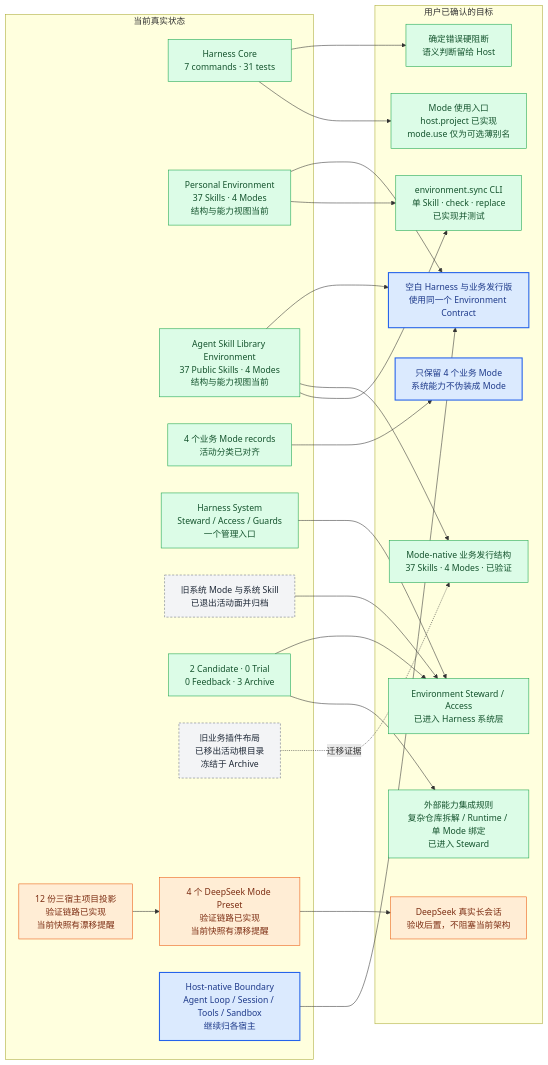
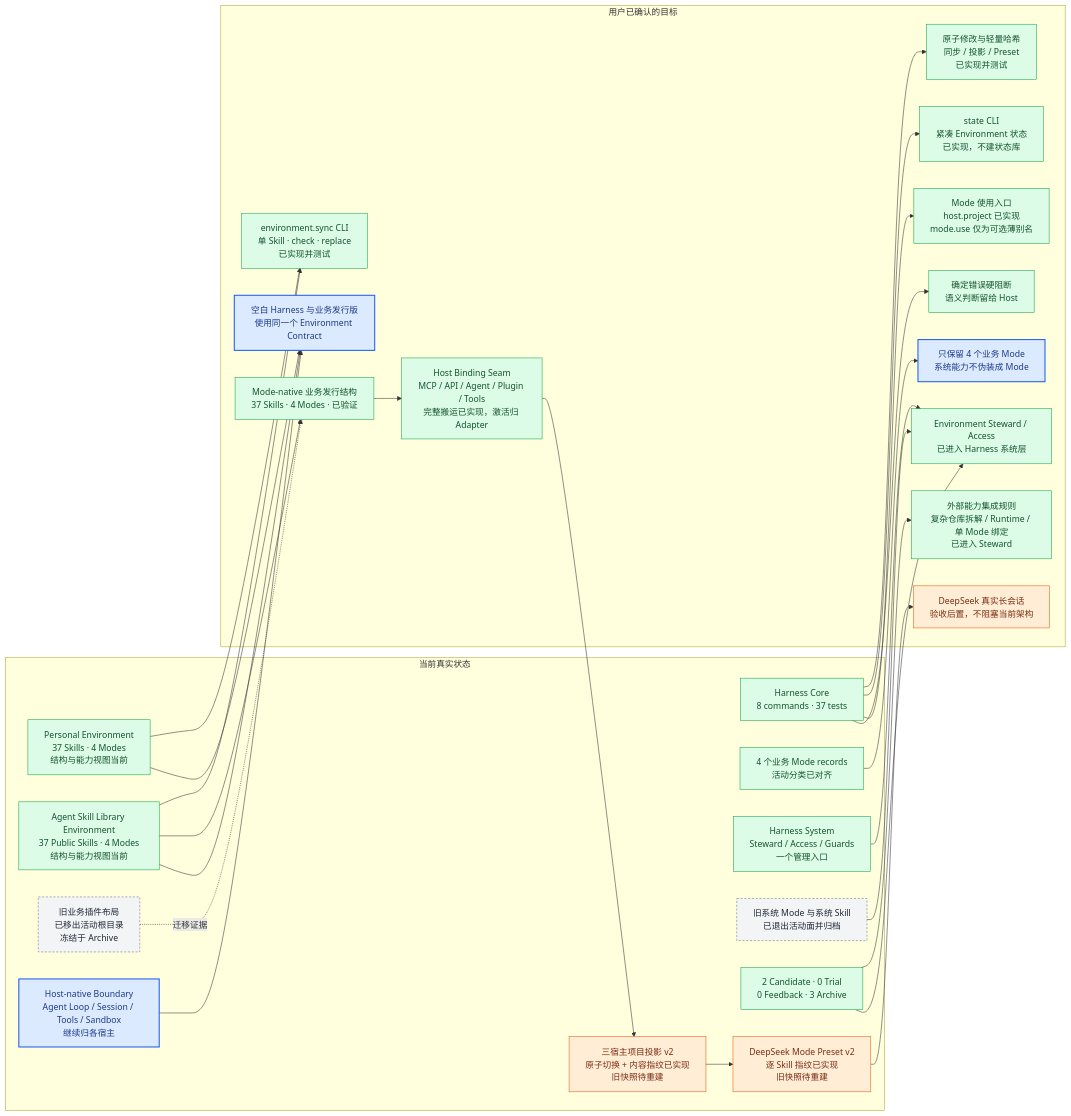
One commit to qihangzhang-272/asl-harness changed diagram 15 of 15 in docs/asl-architecture-views.md. Above: the diagram before and after it, drawn with Mermaid. The commit also changed other lines of this file and 11 other files, not shown here.

````diff
--- a/docs/asl-architecture-views.md
+++ b/docs/asl-architecture-views.md
@@ -970,55 +977,62 @@
 ```mermaid
 flowchart LR
     subgraph CURRENT["当前真实状态"]
-        HCORE["Harness Core<br/>7 commands · 31 tests"]
+        HCORE["Harness Core<br/>8 commands · 37 tests"]
         PENV["Personal Environment<br/>37 Skills · 4 Modes<br/>结构与能力视图当前"]
         ALIB["Agent Skill Library Environment<br/>37 Public Skills · 4 Modes<br/>结构与能力视图当前"]
         BUSINESS["4 个业务 Mode records<br/>活动分类已对齐"]
         SYSTEM["Harness System<br/>Steward / Access / Guards<br/>一个管理入口"]
         ARCHIVED["旧系统 Mode 与系统 Skill<br/>已退出活动面并归档"]
         CULT["2 Candidate · 0 Trial<br/>0 Feedback · 3 Archive"]
         LEGACY["旧业务插件布局<br/>已移出活动根目录<br/>冻结于 Archive"]
-        PROJECTS["12 份三宿主项目投影<br/>验证链路已实现<br/>当前快照有漂移提醒"]
-        PRESETS["4 个 DeepSeek Mode Preset<br/>验证链路已实现<br/>当前快照有漂移提醒"]
+        PROJECTS["三宿主项目投影 v2<br/>原子切换 + 内容指纹已实现<br/>旧快照待重建"]
+        PRESETS["DeepSeek Mode Preset v2<br/>逐 Skill 指纹已实现<br/>旧快照待重建"]
         NATIVE["Host-native Boundary<br/>Agent Loop / Session / Tools / Sandbox<br/>继续归各宿主"]
     end
 
     subgraph TARGET["用户已确认的目标"]
         CONTRACT["空白 Harness 与业务发行版<br/>使用同一个 Environment Contract"]
         FOUR["只保留 4 个业务 Mode<br/>系统能力不伪装成 Mode"]
         STEWARD["Environment Steward / Access<br/>已进入 Harness 系统层"]
         INTEGRATE["外部能力集成规则<br/>复杂仓库拆解 / Runtime / 单 Mode 绑定<br/>已进入 Steward"]
         GUARDS["确定错误硬阻断<br/>语义判断留给 Host"]
         MODE_NATIVE["Mode-native 业务发行结构<br/>37 Skills · 4 Modes · 已验证"]
         SYNC_CLI["environment.sync CLI<br/>单 Skill · check · replace<br/>已实现并测试"]
+        STATE_CLI["state CLI<br/>紧凑 Environment 状态<br/>已实现，不建状态库"]
+        BINDING["Host Binding Seam<br/>MCP / API / Agent / Plugin / Tools<br/>完整搬运已实现，激活归 Adapter"]
+        INTEGRITY["原子修改与轻量哈希<br/>同步 / 投影 / Preset<br/>已实现并测试"]
         MODE_UX["Mode 使用入口<br/>host.project 已实现<br/>mode.use 仅为可选薄别名"]
         DSH_RUNTIME["DeepSeek 真实长会话<br/>验收后置，不阻塞当前架构"]
     end
 
     HCORE --> GUARDS
     PENV --> CONTRACT
     ALIB --> CONTRACT
     ALIB --> MODE_NATIVE
     BUSINESS --> FOUR
     SYSTEM --> STEWARD
     ARCHIVED --> STEWARD
     CULT --> STEWARD
     CULT --> INTEGRATE
     LEGACY -.迁移证据.-> MODE_NATIVE
     PROJECTS --> PRESETS
     PRESETS --> DSH_RUNTIME
     NATIVE --> CONTRACT
     ALIB --> SYNC_CLI
     PENV --> SYNC_CLI
     HCORE --> MODE_UX
+    HCORE --> STATE_CLI
+    HCORE --> INTEGRITY
+    MODE_NATIVE --> BINDING
+    BINDING --> PROJECTS
 
     classDef locked fill:#dbeafe,stroke:#2563eb,color:#1e3a8a,stroke-width:2px;
     classDef done fill:#dcfce7,stroke:#16a34a,color:#14532d;
     classDef optimize fill:#ffedd5,stroke:#ea580c,color:#7c2d12;
     classDef remove fill:#fee2e2,stroke:#dc2626,color:#7f1d1d,stroke-width:2px;
     classDef generated fill:#f3f4f6,stroke:#6b7280,color:#1f2937,stroke-dasharray:4 3;
-    class HCORE,PENV,ALIB,BUSINESS,SYSTEM,CULT,STEWARD,GUARDS,INTEGRATE,MODE_NATIVE,SYNC_CLI,MODE_UX done;
+    class HCORE,PENV,ALIB,BUSINESS,SYSTEM,CULT,STEWARD,GUARDS,INTEGRATE,MODE_NATIVE,SYNC_CLI,STATE_CLI,BINDING,INTEGRITY,MODE_UX done;
     class DSH_RUNTIME,PROJECTS,PRESETS optimize;
     class LEGACY,ARCHIVED generated;
     class CONTRACT,FOUR,NATIVE locked;
 ```
````
